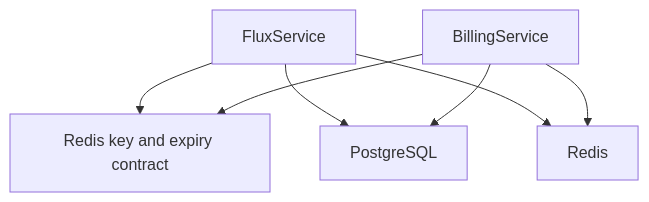
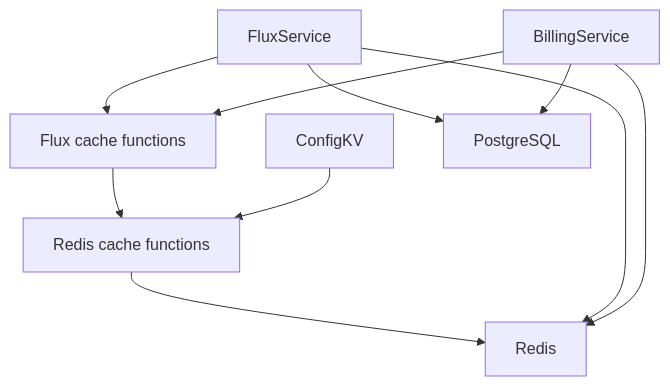
Before and after one commit to ZhuangRenyang/airi: the first of 2 diagrams in server/docs/ai/adr/2026-09-17-flux-cache-ttl.md, drawn with Mermaid. The commit also changed other lines of this file and 14 other files, not shown here.

Commit message:
refactor(api-server): centralize Redis cache expiry policy (#2563)

````diff
--- a/server/docs/ai/adr/2026-09-17-flux-cache-ttl.md
+++ b/server/docs/ai/adr/2026-09-17-flux-cache-ttl.md
@@ -28,9 +37,12 @@
 ```mermaid
 graph TD
-  FluxService --> RedisKeys[Redis key and expiry contract]
-  BillingService --> RedisKeys
+  FluxService --> FluxCache[Flux cache functions]
+  BillingService --> FluxCache
+  FluxCache --> Cache[Redis cache functions]
+  ConfigKV --> Cache
+  Cache --> Redis
   FluxService --> PostgreSQL
   BillingService --> PostgreSQL
   FluxService --> Redis
   BillingService --> Redis
 ```
````
